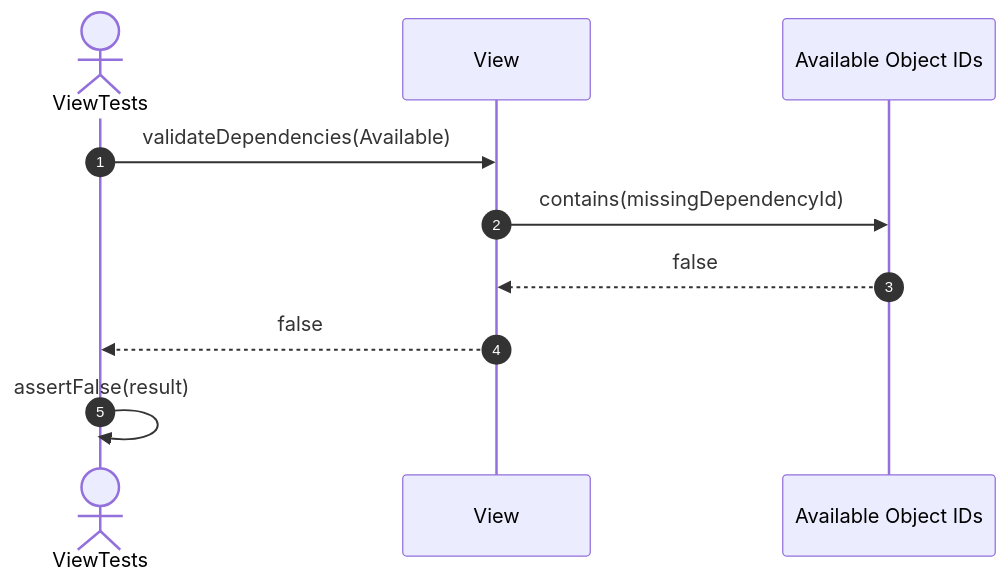
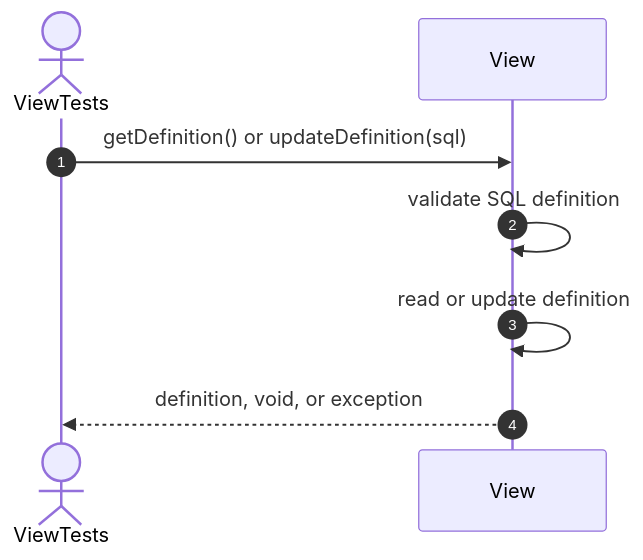
Diagram 15 of 48 in src/tests/unit/metadata/docs/view-testing.se.md (FhuAnn/-bbv-AN-s-DBMS), drawn with Mermaid before and after one commit. The commit also changed other lines of this file and 7 other files, not shown here.

Commit message:
update detail testing process up to now in readme, update constraint testing sequences

````diff
--- a/src/tests/unit/metadata/docs/view-testing.se.md
+++ b/src/tests/unit/metadata/docs/view-testing.se.md
@@ -258,14 +202,10 @@
 ```mermaid
 sequenceDiagram
     autonumber
     actor Test as ViewTests
     participant View as View
-    participant Available as Available Object IDs
-
-    Test->>View: validateDependencies(Available)
-    View->>Available: contains(missingDependencyId)
-    Available-->>View: false
-    View-->>Test: false
-
-    Test->>Test: assertFalse(result)
+    Test->>View: getDefinition() or updateDefinition(sql)
+    View->>View: validate SQL definition
+    View->>View: read or update definition
+    View-->>Test: definition, void, or exception
 ```
````
